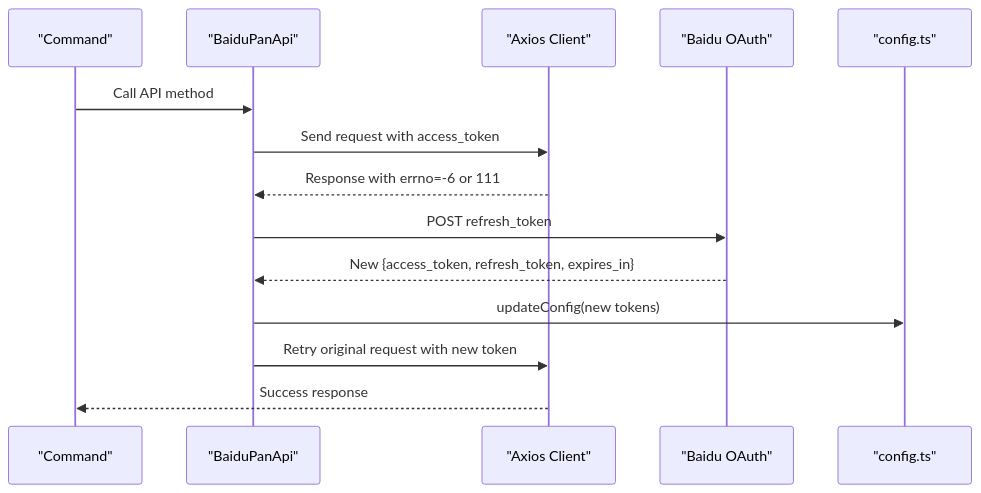
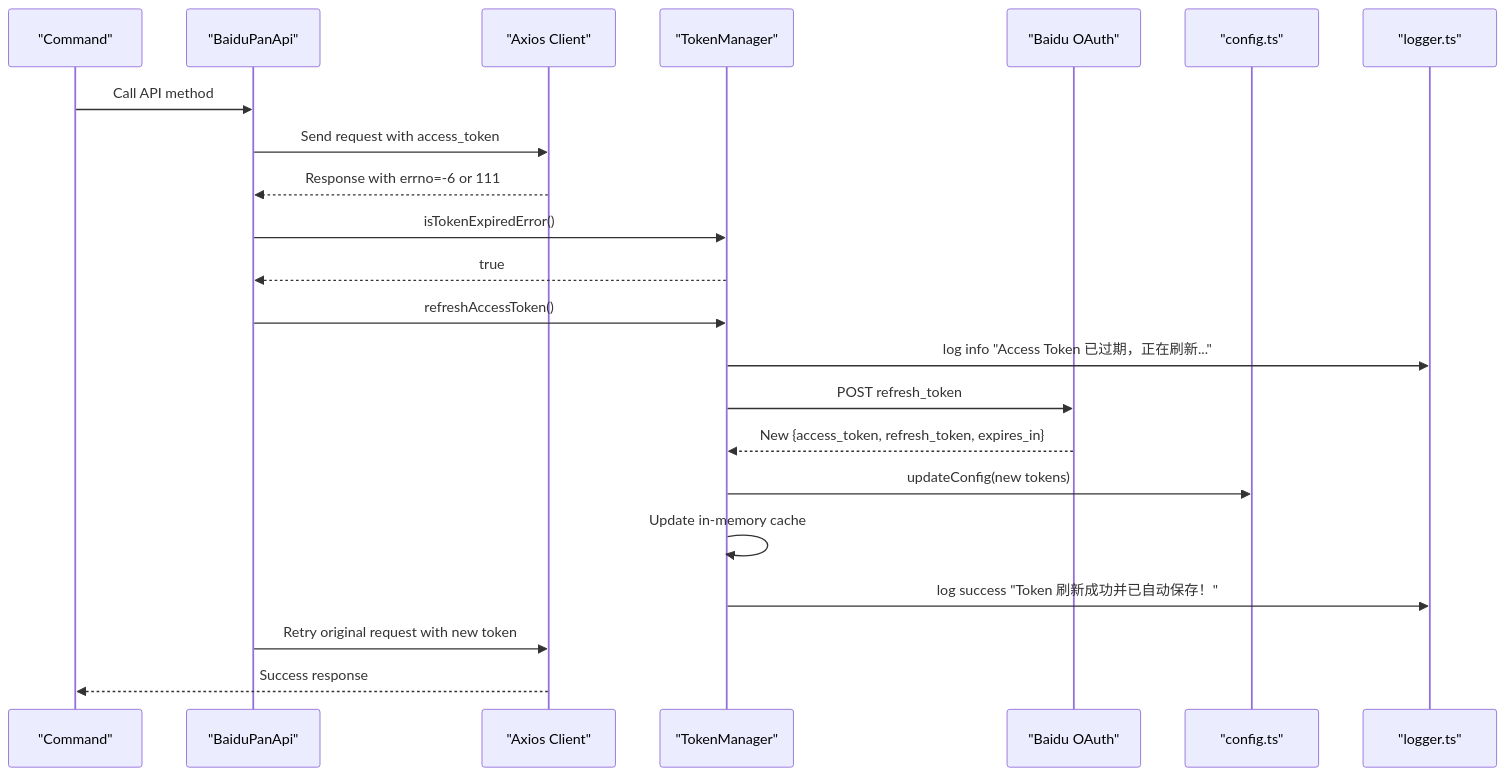
One commit to yuexiaoliang/baiduwangpan-manager changed the sixth of 7 diagrams in .qoder/repowiki/en/content/Authentication System/Token Management and Persistence.md. Above: the diagram before and after it, drawn with Mermaid. The commit also changed other lines of this file and 30 other files, not shown here.

````diff
--- a/.qoder/repowiki/en/content/Authentication System/Token Management and Persistence.md
+++ b/.qoder/repowiki/en/content/Authentication System/Token Management and Persistence.md
@@ -224,16 +295,24 @@
 ```mermaid
 sequenceDiagram
 participant Cmd as "Command"
 participant API as "BaiduPanApi"
 participant AX as "Axios Client"
+participant TokenMgr as "TokenManager"
 participant OAuth as "Baidu OAuth"
 participant Cfg as "config.ts"
+participant Logger as "logger.ts"
 Cmd->>API : Call API method
 API->>AX : Send request with access_token
 AX-->>API : Response with errno=-6 or 111
-API->>OAuth : POST refresh_token
-OAuth-->>API : New {access_token, refresh_token, expires_in}
-API->>Cfg : updateConfig(new tokens)
+API->>TokenMgr : isTokenExpiredError()
+TokenMgr-->>API : true
+API->>TokenMgr : refreshAccessToken()
+TokenMgr->>Logger : log info "Access Token 已过期，正在刷新..."
+TokenMgr->>OAuth : POST refresh_token
+OAuth-->>TokenMgr : New {access_token, refresh_token, expires_in}
+TokenMgr->>Cfg : updateConfig(new tokens)
+TokenMgr->>TokenMgr : Update in-memory cache
+TokenMgr->>Logger : log success "Token 刷新成功并已自动保存！"
 API->>AX : Retry original request with new token
 AX-->>Cmd : Success response
 ```
````
